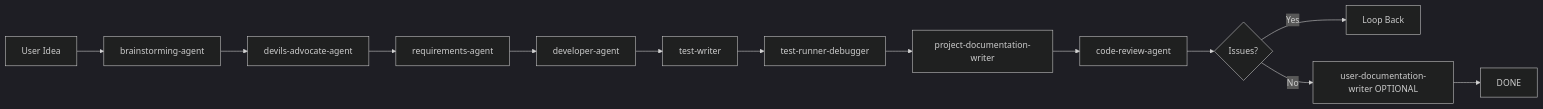
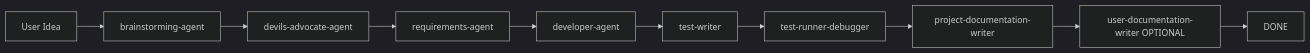
The diagram in docs/AGENT_WORKFLOWS.md (fr-mccarty/outwardsign), drawn with Mermaid (dark theme) before and after one commit. The commit also changed other lines of this file and 51 other files, not shown here.

````diff
--- a/docs/AGENT_WORKFLOWS.md
+++ b/docs/AGENT_WORKFLOWS.md
@@ -154,15 +162,12 @@
 ```mermaid
 graph LR
     A[User Idea] --> B[brainstorming-agent]
     B --> B2[devils-advocate-agent]
     B2 --> C[requirements-agent]
     C --> D[developer-agent]
     D --> E[test-writer]
     E --> F[test-runner-debugger]
     F --> G[project-documentation-writer]
-    G --> H[code-review-agent]
-    H --> I{Issues?}
-    I -->|Yes| J[Loop Back]
-    I -->|No| K[user-documentation-writer OPTIONAL]
-    K --> L[DONE]
+    G --> H[user-documentation-writer OPTIONAL]
+    H --> I[DONE]
 ```
````
